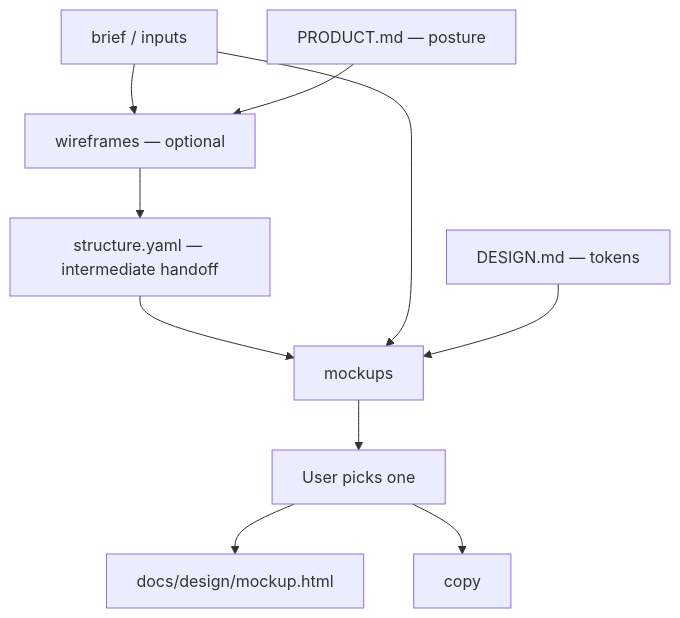
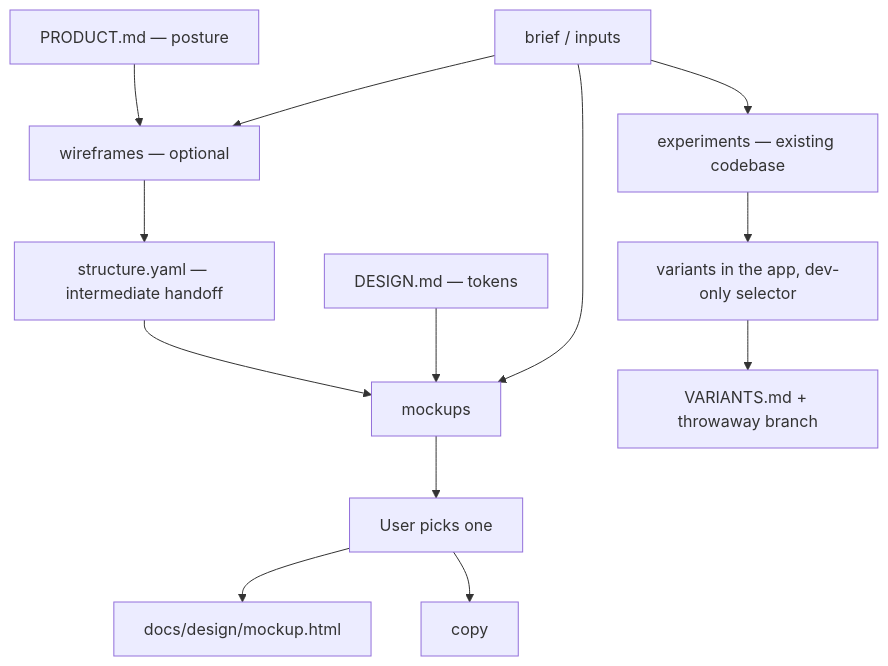
One commit to adeonir/agent-skills changed the diagram in skills/product/craft-ui/README.md. Above: the diagram before and after it, drawn with Mermaid. The commit also changed other lines of this file and 4 other files, not shown here.

Commit message:
feat(craft-ui): compare UI variants inside the running app

````diff
--- a/skills/product/craft-ui/README.md
+++ b/skills/product/craft-ui/README.md
@@ -7,12 +7,15 @@
 ```mermaid
 flowchart TD
     I[brief / inputs] --> W[wireframes — optional]
     P[PRODUCT.md — posture] --> W
     W --> S[structure.yaml — intermediate handoff]
     S --> M[mockups]
     I --> M
     D[DESIGN.md — tokens] --> M
     M --> Pick[User picks one]
     Pick --> F[docs/design/mockup.html]
     Pick --> C[copy]
+    I --> E[experiments — existing codebase]
+    E --> V[variants in the app, dev-only selector]
+    V --> R[VARIANTS.md + throwaway branch]
 ```
````
